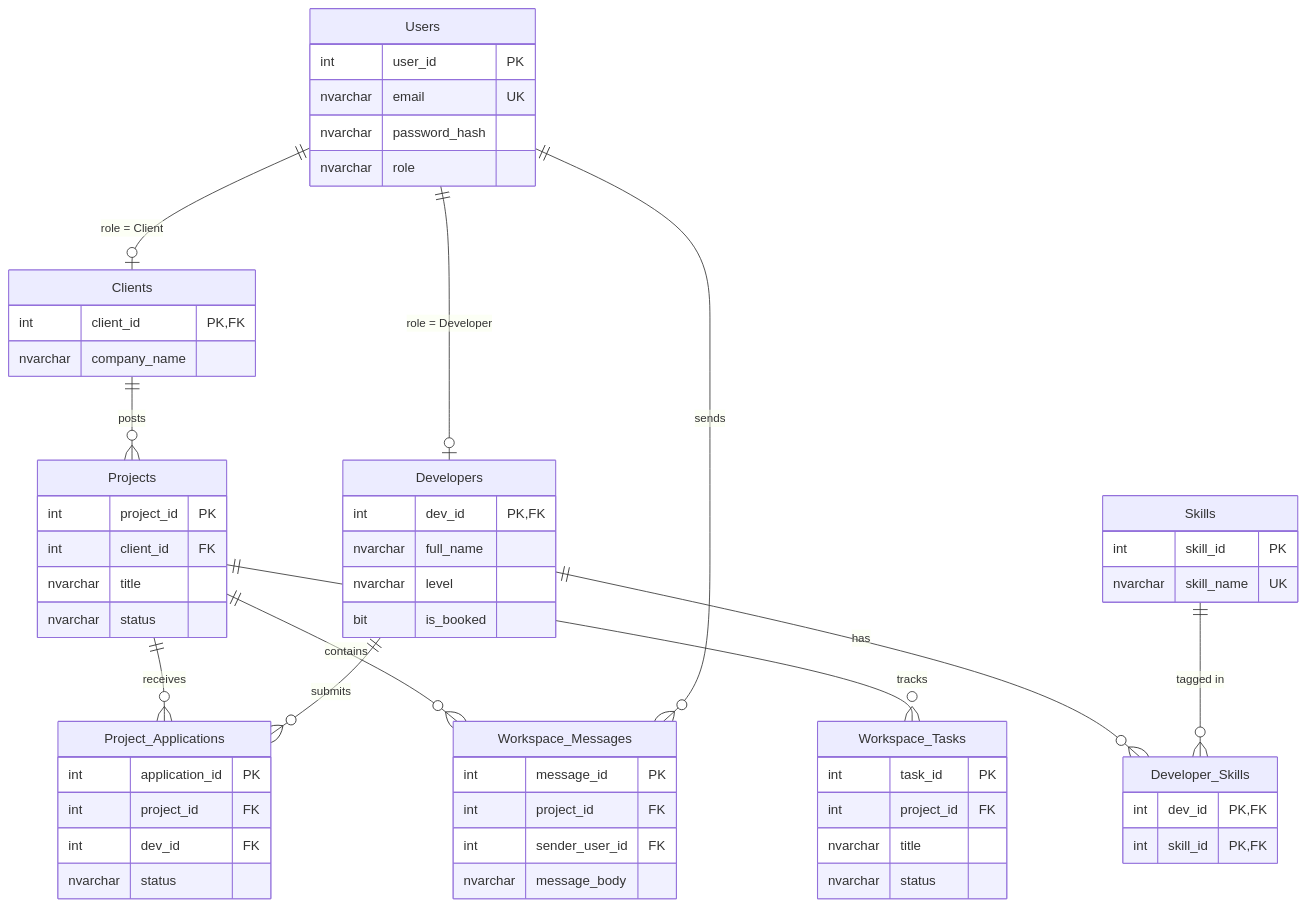
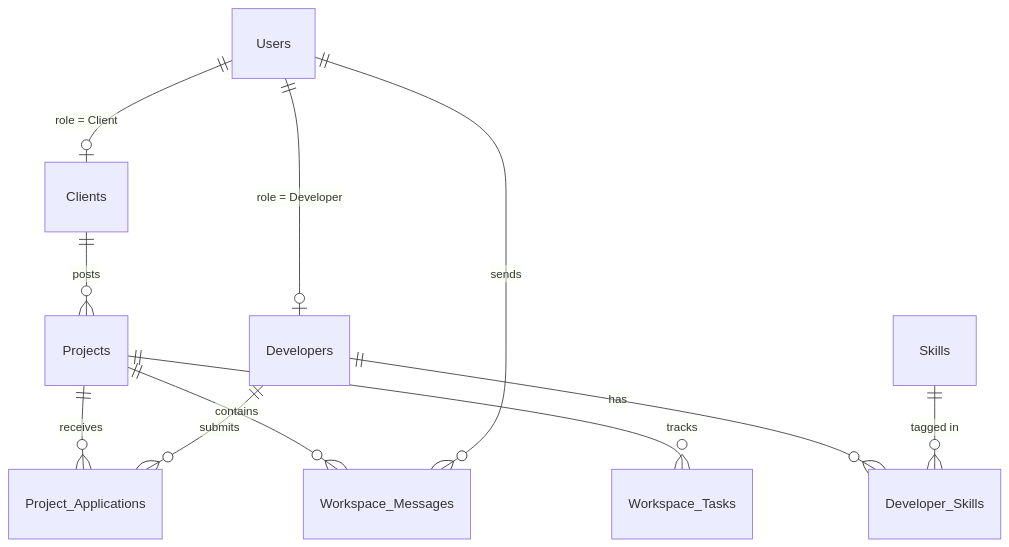
One commit to qhmed67/ReadmeTest changed the third of 3 diagrams in README.md. Above: the diagram before and after it, drawn with Mermaid. The commit also changed other lines of this file, not shown here.

````diff
--- a/README.md
+++ b/README.md
@@ -76,62 +126,13 @@
 ```mermaid
 erDiagram
     Users ||--o| Clients : "role = Client"
     Users ||--o| Developers : "role = Developer"
     Developers ||--o{ Developer_Skills : "has"
     Skills ||--o{ Developer_Skills : "tagged in"
     Clients ||--o{ Projects : "posts"
     Projects ||--o{ Project_Applications : "receives"
     Developers ||--o{ Project_Applications : "submits"
     Projects ||--o{ Workspace_Messages : "contains"
     Users ||--o{ Workspace_Messages : "sends"
     Projects ||--o{ Workspace_Tasks : "tracks"
-
-    Users {
-        int user_id PK
-        nvarchar email UK
-        nvarchar password_hash
-        nvarchar role
-    }
-    Clients {
-        int client_id PK,FK
-        nvarchar company_name
-    }
-    Developers {
-        int dev_id PK,FK
-        nvarchar full_name
-        nvarchar level
-        bit is_booked
-    }
-    Skills {
-        int skill_id PK
-        nvarchar skill_name UK
-    }
-    Developer_Skills {
-        int dev_id PK,FK
-        int skill_id PK,FK
-    }
-    Projects {
-        int project_id PK
-        int client_id FK
-        nvarchar title
-        nvarchar status
-    }
-    Project_Applications {
-        int application_id PK
-        int project_id FK
-        int dev_id FK
-        nvarchar status
-    }
-    Workspace_Messages {
-        int message_id PK
-        int project_id FK
-        int sender_user_id FK
-        nvarchar message_body
-    }
-    Workspace_Tasks {
-        int task_id PK
-        int project_id FK
-        nvarchar title
-        nvarchar status
-    }
 ```
````
